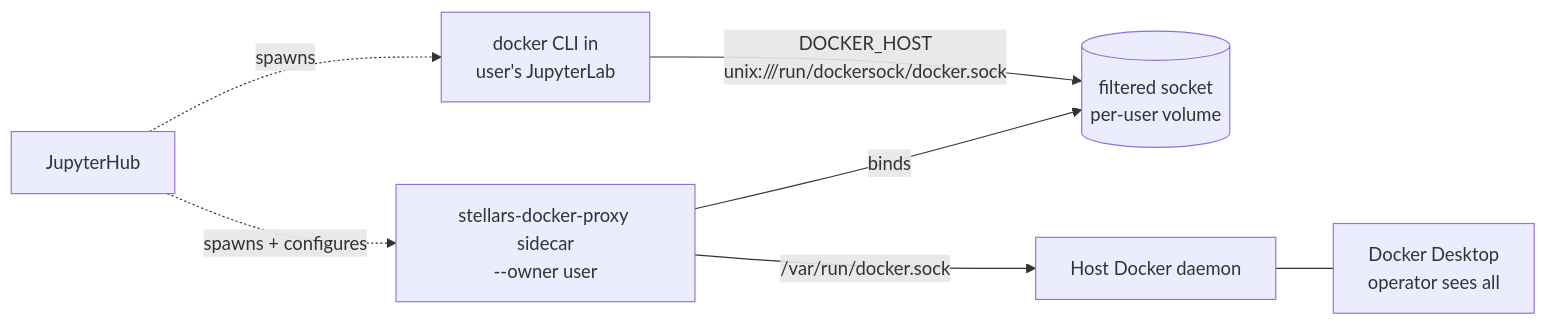
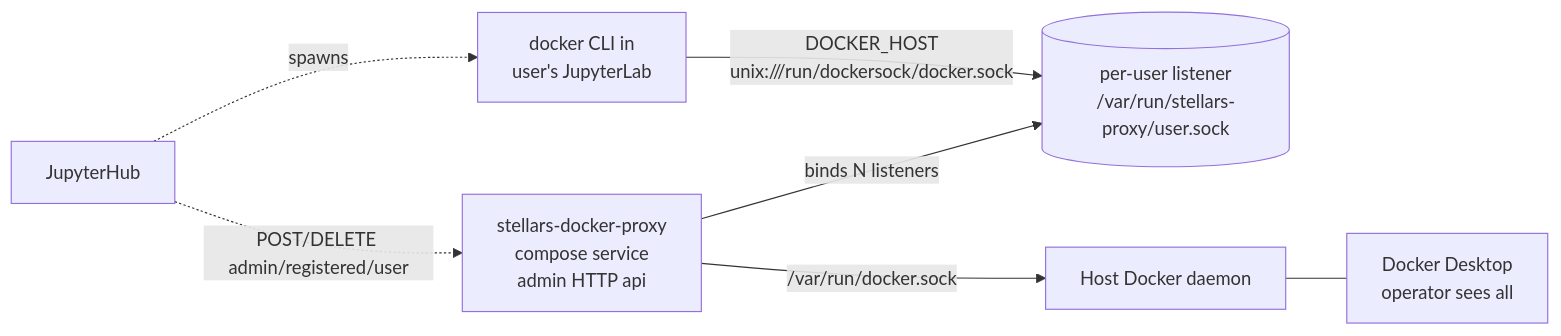
The first of 2 diagrams in docs/limited-docker-access.md (stellarshenson/stellars-jupyterhub-ds), drawn with Mermaid before and after one commit. The commit also changed other lines of this file and 14 other files, not shown here.

First line of the commit message:
feat(docker-limited): central proxy with register/unregister, kill per-user sidecars

````diff
--- a/docs/limited-docker-access.md
+++ b/docs/limited-docker-access.md
@@ -7,16 +7,16 @@
 ```mermaid
 flowchart LR
     CLI[docker CLI in<br/>user's JupyterLab]
-    SOCK[(filtered socket<br/>per-user volume)]
-    PROXY[stellars-docker-proxy sidecar<br/>--owner user]
+    SOCK[(per-user listener<br/>/var/run/stellars-proxy/user.sock)]
+    PROXY[stellars-docker-proxy<br/>compose service<br/>admin HTTP api]
     DAEMON[Host Docker daemon]
     DESKTOP[Docker Desktop<br/>operator sees all]
     HUB[JupyterHub]
 
     CLI -->|DOCKER_HOST<br/>unix:///run/dockersock/docker.sock| SOCK
-    PROXY -->|binds| SOCK
+    PROXY -->|binds N listeners| SOCK
     PROXY -->|/var/run/docker.sock| DAEMON
     DAEMON --- DESKTOP
-    HUB -.->|spawns + configures| PROXY
+    HUB -.->|POST/DELETE admin/registered/user| PROXY
     HUB -.->|spawns| CLI
 ```
````
